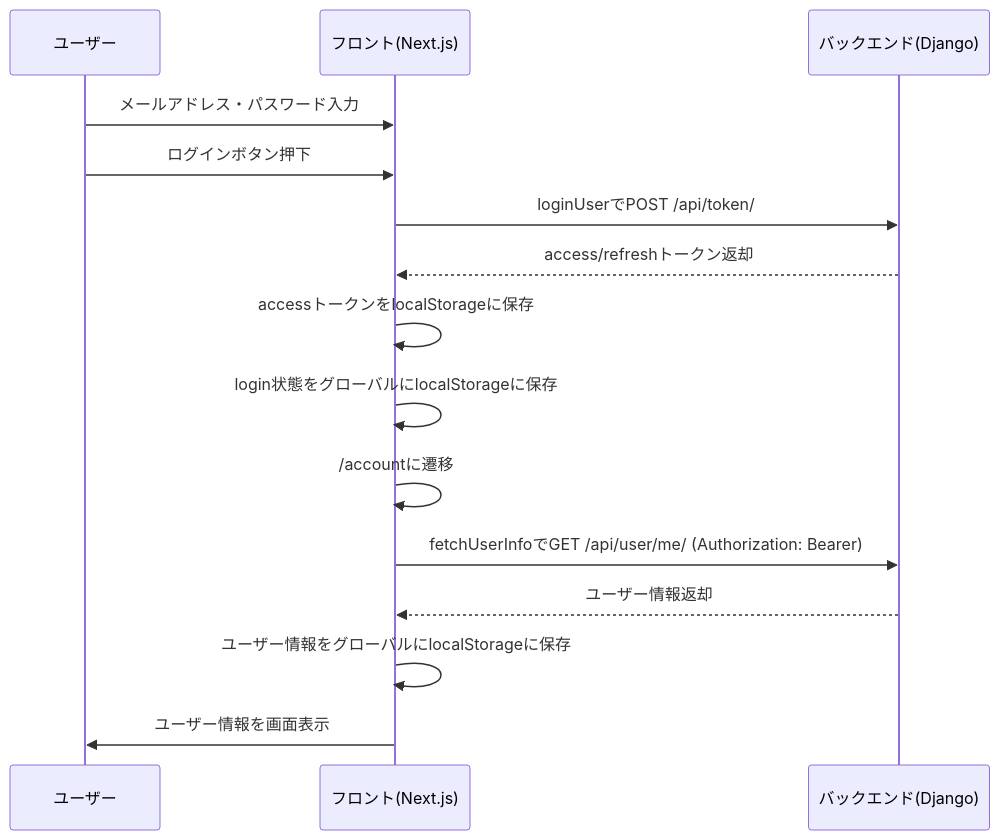
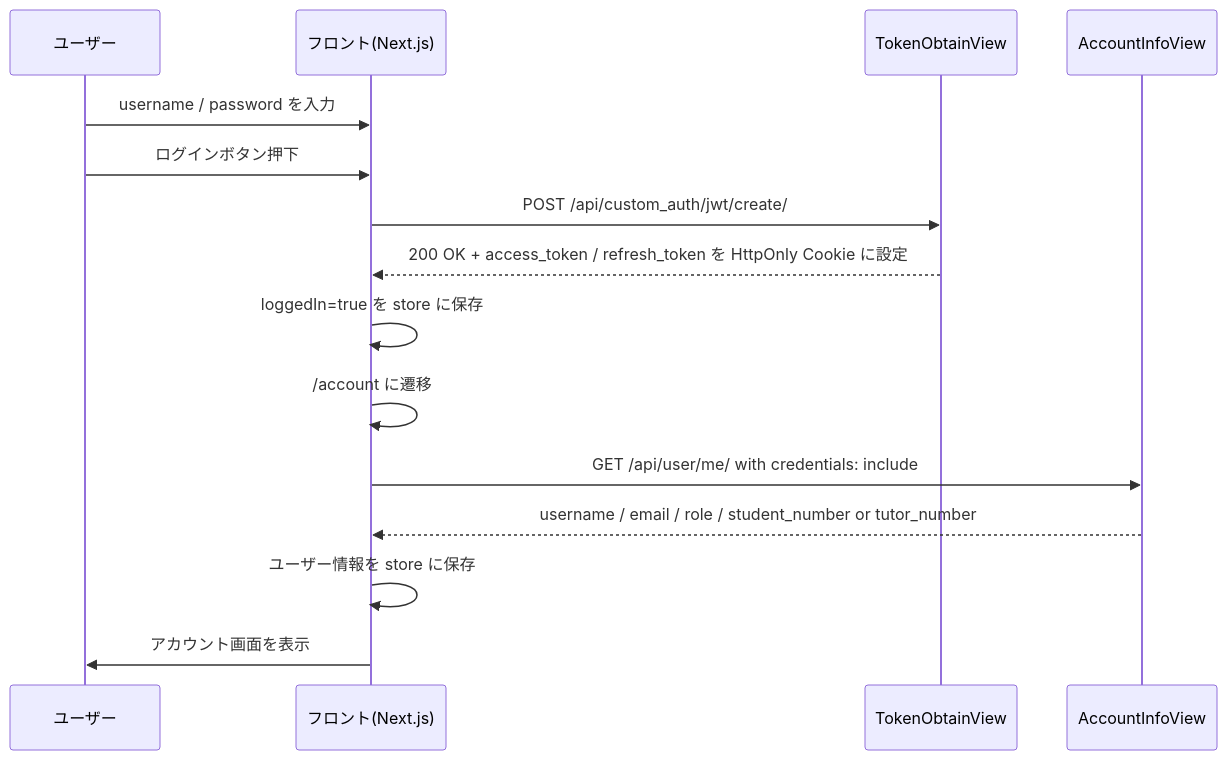
One commit to Saaka-y/korup changed the first of 2 diagrams in docs/login/sequence.md. Above: the diagram before and after it, drawn with Mermaid. The commit also changed other lines of this file and 9 other files, not shown here.

````diff
--- a/docs/login/sequence.md
+++ b/docs/login/sequence.md
@@ -3,18 +1,18 @@
 ```mermaid
 sequenceDiagram
-    participant user as ユーザー
-    participant front as フロント(Next.js)
-    participant back as バックエンド(Django)
+    participant User as ユーザー
+    participant Front as フロント(Next.js)
+    participant Auth as TokenObtainView
+    participant Account as AccountInfoView
 
-    user->>front: メールアドレス・パスワード入力
-    user->>front: ログインボタン押下
-    front->>back: loginUserでPOST /api/token/
-    back-->>front: access/refreshトークン返却
-    front->>front: accessトークンをlocalStorageに保存
-    front->>front: login状態をグローバルにlocalStorageに保存
-    front->>front: /accountに遷移
-    front->>back: fetchUserInfoでGET /api/user/me/ (Authorization: Bearer)
-    back-->>front: ユーザー情報返却
-    front->>front: ユーザー情報をグローバルにlocalStorageに保存
-    front->>user: ユーザー情報を画面表示
+    User->>Front: username / password を入力
+    User->>Front: ログインボタン押下
+    Front->>Auth: POST /api/custom_auth/jwt/create/
+    Auth-->>Front: 200 OK + access_token / refresh_token を HttpOnly Cookie に設定
+    Front->>Front: loggedIn=true を store に保存
+    Front->>Front: /account に遷移
+    Front->>Account: GET /api/user/me/ with credentials: include
+    Account-->>Front: username / email / role / student_number or tutor_number
+    Front->>Front: ユーザー情報を store に保存
+    Front->>User: アカウント画面を表示
 ```
````
